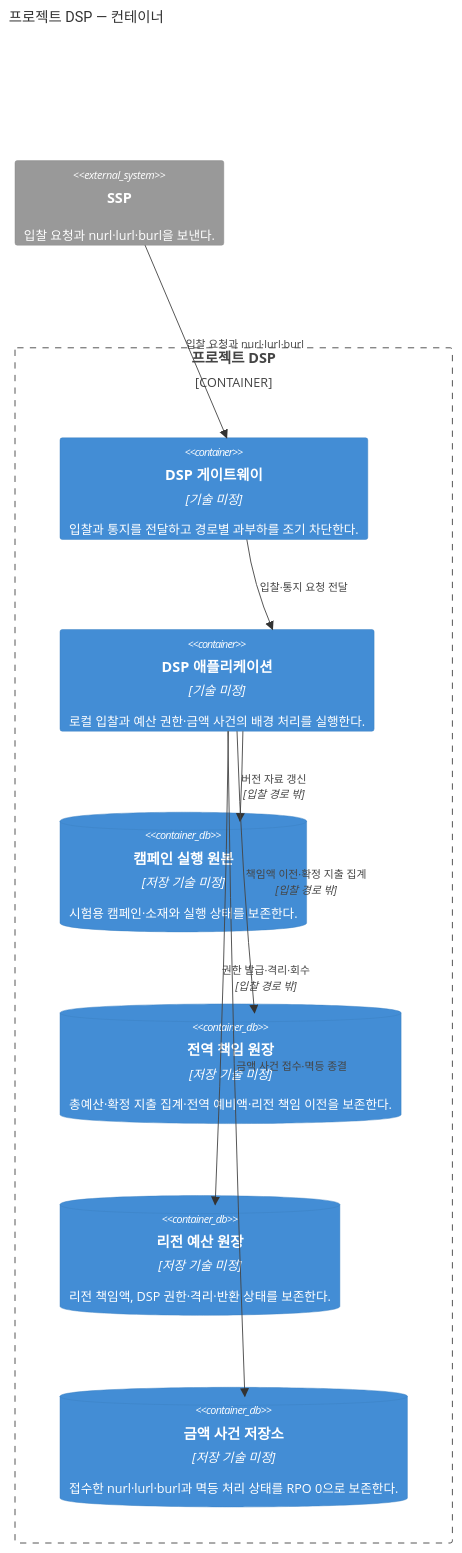
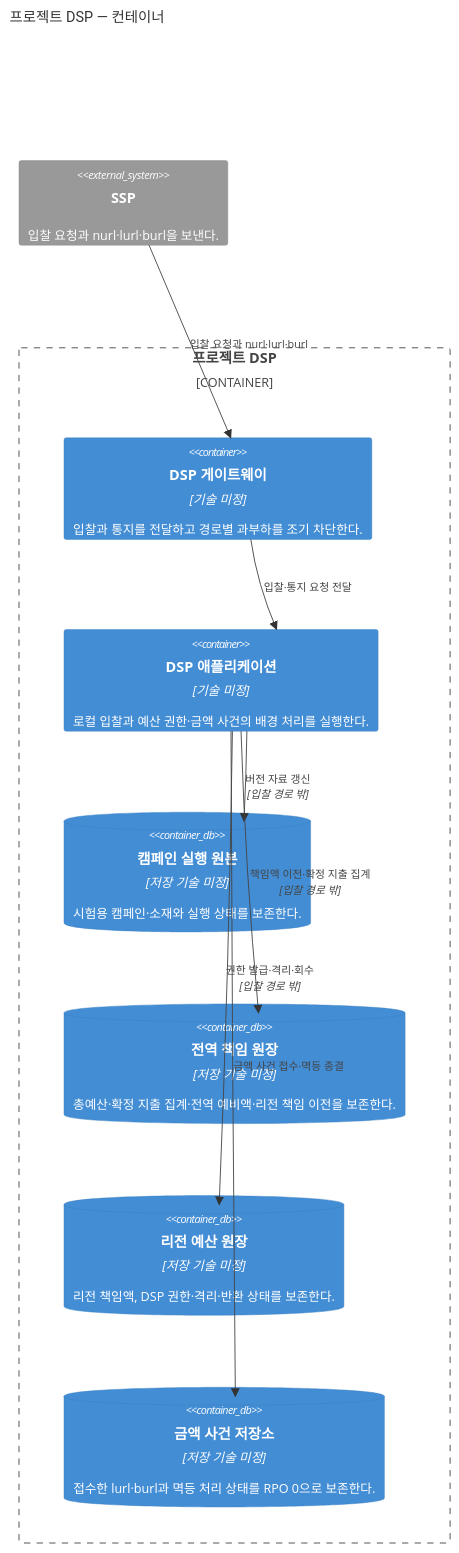
One commit to bbororo5/low-latency-openrtb-auction changed the diagram in docs/architecture/views/dsp-containers.md. Above: the diagram before and after it, drawn with Mermaid. The commit also changed other lines of this file and 4 other files, not shown here.

````diff
--- a/docs/architecture/views/dsp-containers.md
+++ b/docs/architecture/views/dsp-containers.md
@@ -9,24 +9,24 @@
 ```mermaid
 C4Container
     title 프로젝트 DSP — 컨테이너
 
     System_Ext(ssp, "SSP", "입찰 요청과 nurl·lurl·burl을 보낸다.")
 
     Container_Boundary(project_dsp, "프로젝트 DSP") {
         Container(gateway, "DSP 게이트웨이", "기술 미정", "입찰과 통지를 전달하고 경로별 과부하를 조기 차단한다.")
         Container(dsp_application, "DSP 애플리케이션", "기술 미정", "로컬 입찰과 예산 권한·금액 사건의 배경 처리를 실행한다.")
         ContainerDb(campaign_store, "캠페인 실행 원본", "저장 기술 미정", "시험용 캠페인·소재와 실행 상태를 보존한다.")
         ContainerDb(global_ledger, "전역 책임 원장", "저장 기술 미정", "총예산·확정 지출 집계·전역 예비액·리전 책임 이전을 보존한다.")
         ContainerDb(regional_ledger, "리전 예산 원장", "저장 기술 미정", "리전 책임액, DSP 권한·격리·반환 상태를 보존한다.")
-        ContainerDb(money_store, "금액 사건 저장소", "저장 기술 미정", "접수한 nurl·lurl·burl과 멱등 처리 상태를 RPO 0으로 보존한다.")
+        ContainerDb(money_store, "금액 사건 저장소", "저장 기술 미정", "접수한 lurl·burl과 멱등 처리 상태를 RPO 0으로 보존한다.")
     }
 
     Rel(ssp, gateway, "입찰 요청과 nurl·lurl·burl")
     Rel(gateway, dsp_application, "입찰·통지 요청 전달")
     Rel(dsp_application, campaign_store, "버전 자료 갱신", "입찰 경로 밖")
     Rel(dsp_application, global_ledger, "책임액 이전·확정 지출 집계", "입찰 경로 밖")
     Rel(dsp_application, regional_ledger, "권한 발급·격리·회수", "입찰 경로 밖")
     Rel(dsp_application, money_store, "금액 사건 접수·멱등 종결")
 
     UpdateLayoutConfig($c4ShapeInRow="3", $c4BoundaryInRow="1")
 ```
````
